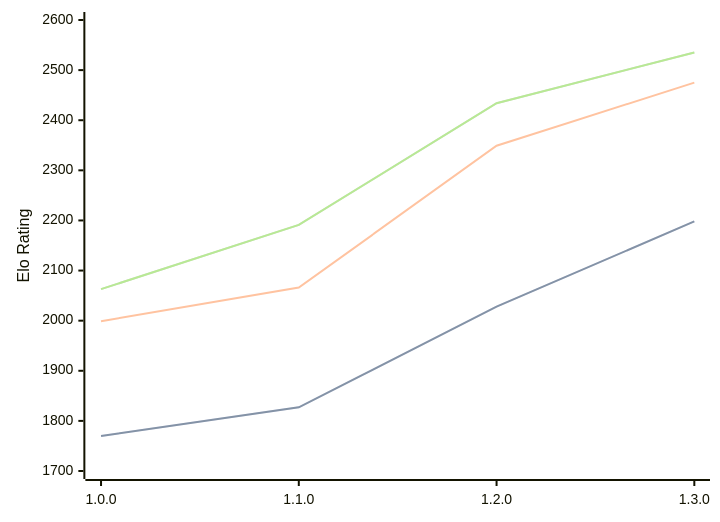
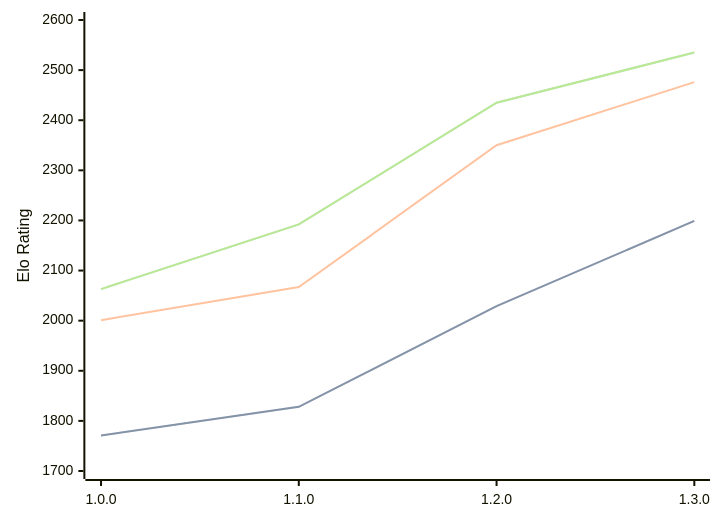
One commit to computer-chess-index/cci changed the diagram in engines/Anodos.md. Above: the diagram before and after it, drawn with Mermaid. The commit also changed other lines of this file, not shown here.

Commit message:
Update CCI Ratings (ELO VLTC) - 2026-05-01

````diff
--- a/engines/Anodos.md
+++ b/engines/Anodos.md
@@ -45,11 +45,11 @@
 ```mermaid
 %%{init: {"theme":"base","themeVariables":{"seriesColors:['#a3a3a3','#222221','#faa371']}}}%%
 xychart-beta
   x-axis ["1.0.0", "1.1.0", "1.2.0", "1.3.0"]
   y-axis "Elo Rating" 1700 --> 2600
-  line "STC (8.0+0.08s)" [1770, 1827, 2028, 2198]
-  line "STC (8.0+0.08s)" [1770, 1827, 2028, 2198]
-  line "LTC (60.0+0.60s)" [1999, 2066, 2349, 2475]
-  line "VLTC (2m24s+1.12s)" [2063, 2191, 2434, 2535]
-  line "VLTC (2m24s+1.12s)" [2063, 2191, 2434, 2535]
+  line "STC (8.0+0.08s)" [1771, 1828, 2029, 2199]
+  line "STC (8.0+0.08s)" [1771, 1828, 2029, 2199]
+  line "LTC (60.0+0.60s)" [2001, 2067, 2350, 2476]
+  line "VLTC (2m24s+1.12s)" [2063, 2192, 2435, 2535]
+  line "VLTC (2m24s+1.12s)" [2063, 2192, 2435, 2535]
 ```
````
